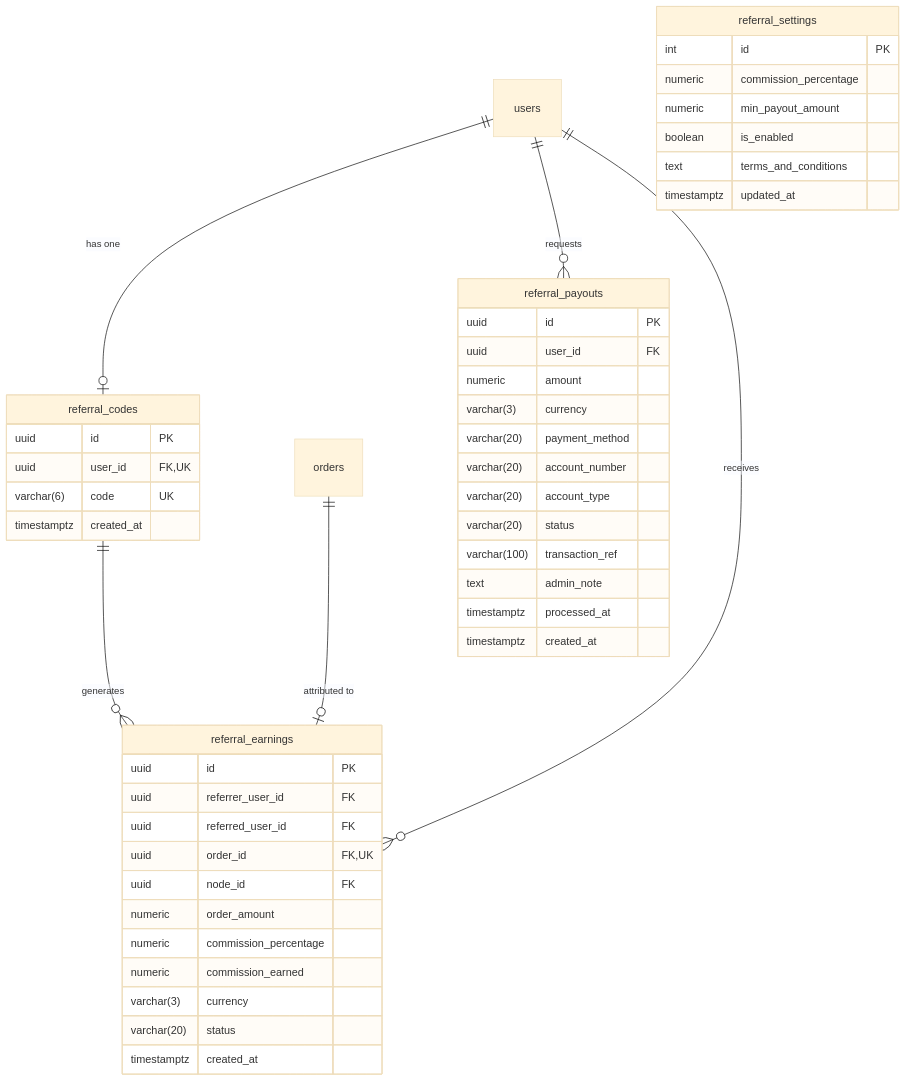
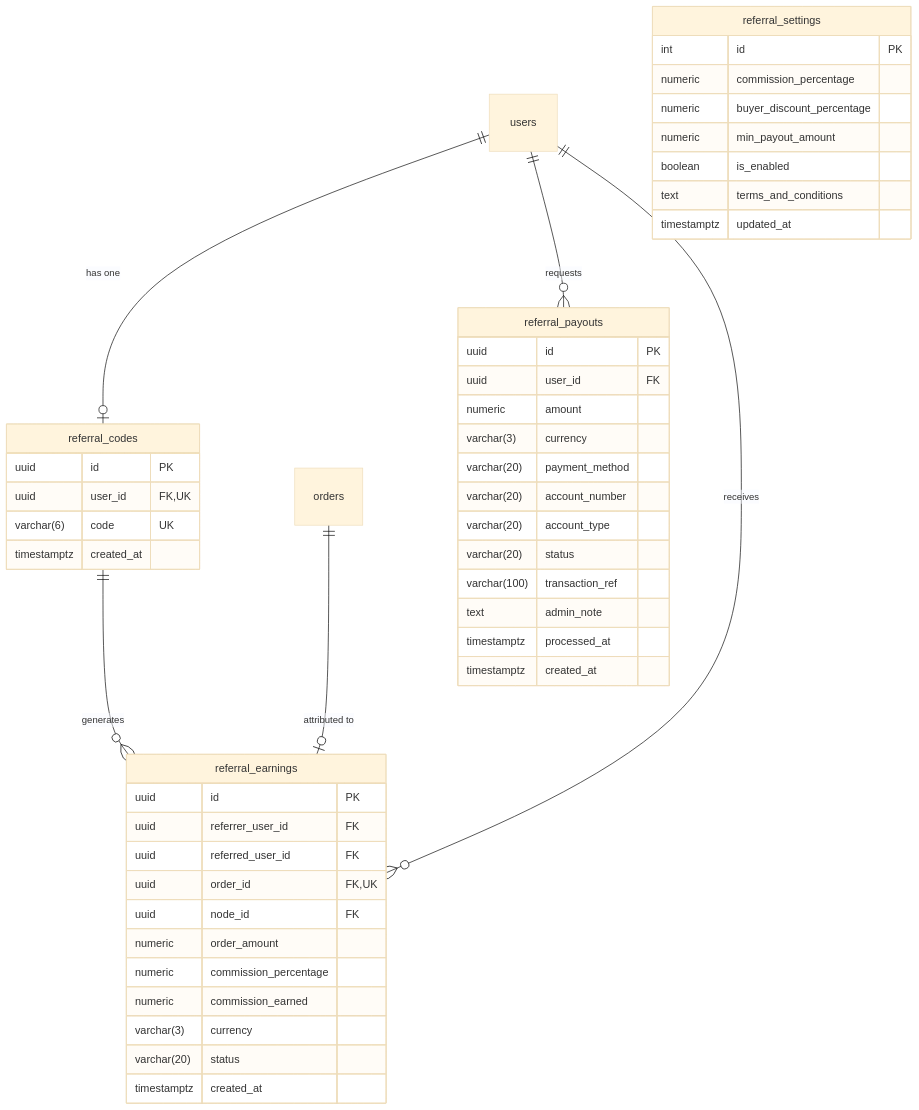
One commit to ahnaf-asif/course-platform changed the first of 2 diagrams in documentation/referral_system_roadmap.md. Above: the diagram before and after it, drawn with Mermaid (base theme). The commit also changed other lines of this file and 41 other files, not shown here.

````diff
--- a/documentation/referral_system_roadmap.md
+++ b/documentation/referral_system_roadmap.md
@@ -45,53 +46,54 @@
 ```mermaid
 erDiagram
     users ||--o| referral_codes : "has one"
     referral_codes ||--o{ referral_earnings : "generates"
     orders ||--o| referral_earnings : "attributed to"
     users ||--o{ referral_payouts : "requests"
     users ||--o{ referral_earnings : "receives"
 
     referral_settings {
         int id PK
         numeric commission_percentage
+        numeric buyer_discount_percentage
         numeric min_payout_amount
         boolean is_enabled
         text terms_and_conditions
         timestamptz updated_at
     }
 
     referral_codes {
         uuid id PK
         uuid user_id FK,UK
         varchar(6) code UK
         timestamptz created_at
     }
 
     referral_earnings {
         uuid id PK
         uuid referrer_user_id FK
         uuid referred_user_id FK
         uuid order_id FK,UK
         uuid node_id FK
         numeric order_amount
         numeric commission_percentage
         numeric commission_earned
         varchar(3) currency
         varchar(20) status
         timestamptz created_at
     }
 
     referral_payouts {
         uuid id PK
         uuid user_id FK
         numeric amount
         varchar(3) currency
         varchar(20) payment_method
         varchar(20) account_number
         varchar(20) account_type
         varchar(20) status
         varchar(100) transaction_ref
         text admin_note
         timestamptz processed_at
         timestamptz created_at
     }
 ```
````
